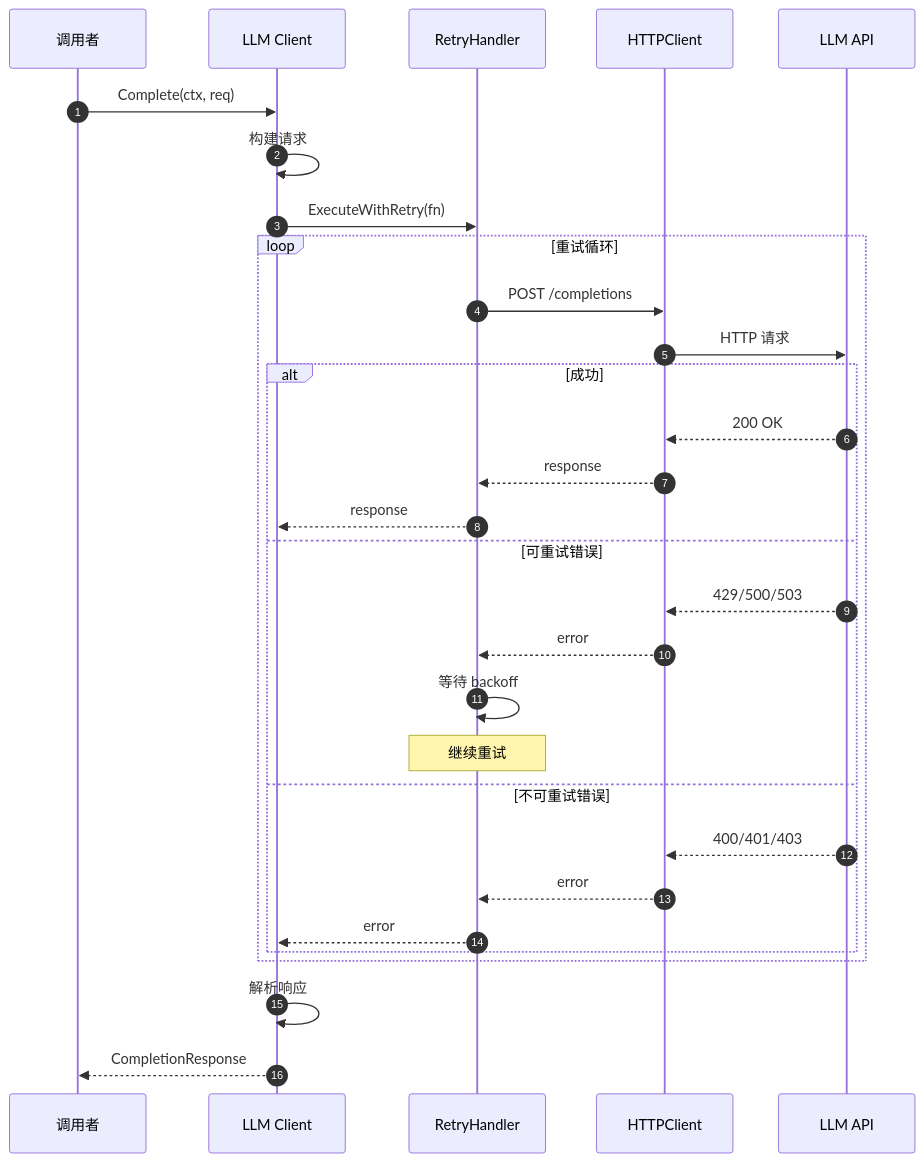
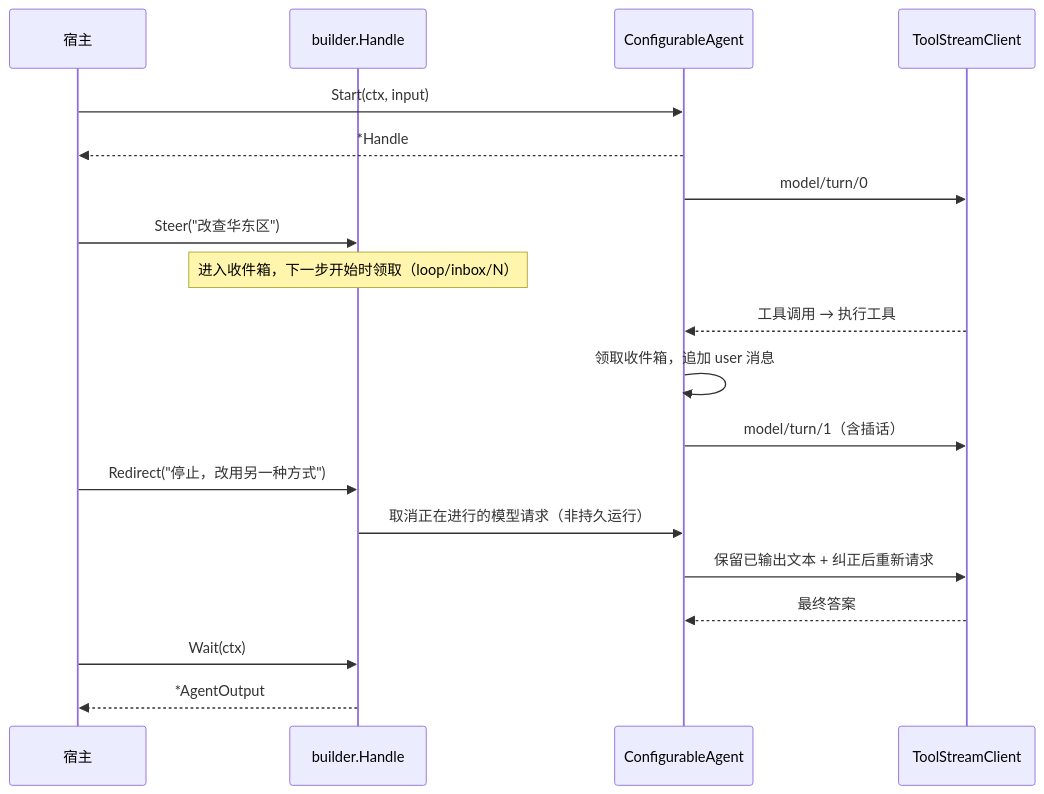
The fourth of 5 diagrams in docs/design/SEQUENCE_DIAGRAMS.md (kart-io/goagent), drawn with Mermaid before and after one commit. The commit also changed other lines of this file and 87 other files, not shown here.

````diff
--- a/docs/design/SEQUENCE_DIAGRAMS.md
+++ b/docs/design/SEQUENCE_DIAGRAMS.md
@@ -380,36 +107,22 @@
 ```mermaid
 sequenceDiagram
-    autonumber
-    participant Caller as 调用者
-    participant Client as LLM Client
-    participant Retry as RetryHandler
-    participant HTTP as HTTPClient
-    participant API as LLM API
+    participant Host as 宿主
+    participant H as builder.Handle
+    participant A as ConfigurableAgent
+    participant M as ToolStreamClient
 
-    Caller->>Client: Complete(ctx, req)
-    Client->>Client: 构建请求
-    Client->>Retry: ExecuteWithRetry(fn)
-
-    loop 重试循环
-        Retry->>HTTP: POST /completions
-        HTTP->>API: HTTP 请求
-
-        alt 成功
-            API-->>HTTP: 200 OK
-            HTTP-->>Retry: response
-            Retry-->>Client: response
-        else 可重试错误
-            API-->>HTTP: 429/500/503
-            HTTP-->>Retry: error
-            Retry->>Retry: 等待 backoff
-            Note over Retry: 继续重试
-        else 不可重试错误
-            API-->>HTTP: 400/401/403
-            HTTP-->>Retry: error
-            Retry-->>Client: error
-        end
-    end
-
-    Client->>Client: 解析响应
-    Client-->>Caller: CompletionResponse
+    Host->>A: Start(ctx, input)
+    A-->>Host: *Handle
+    A->>M: model/turn/0
+    Host->>H: Steer("改查华东区")
+    Note over H: 进入收件箱，下一步开始时领取（loop/inbox/N）
+    M-->>A: 工具调用 → 执行工具
+    A->>A: 领取收件箱，追加 user 消息
+    A->>M: model/turn/1（含插话）
+    Host->>H: Redirect("停止，改用另一种方式")
+    H->>A: 取消正在进行的模型请求（非持久运行）
+    A->>M: 保留已输出文本 + 纠正后重新请求
+    M-->>A: 最终答案
+    Host->>H: Wait(ctx)
+    H-->>Host: *AgentOutput
 ```
````
